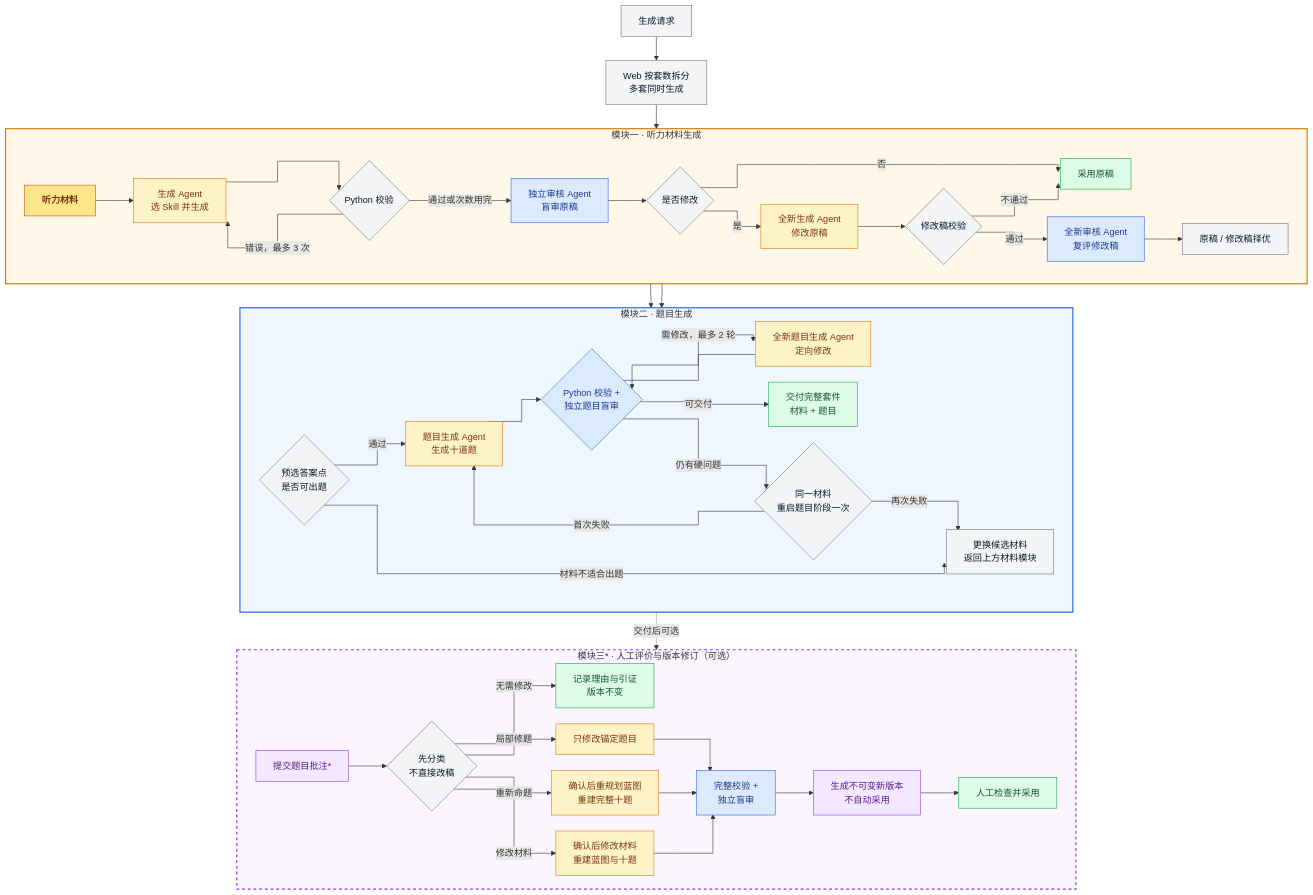
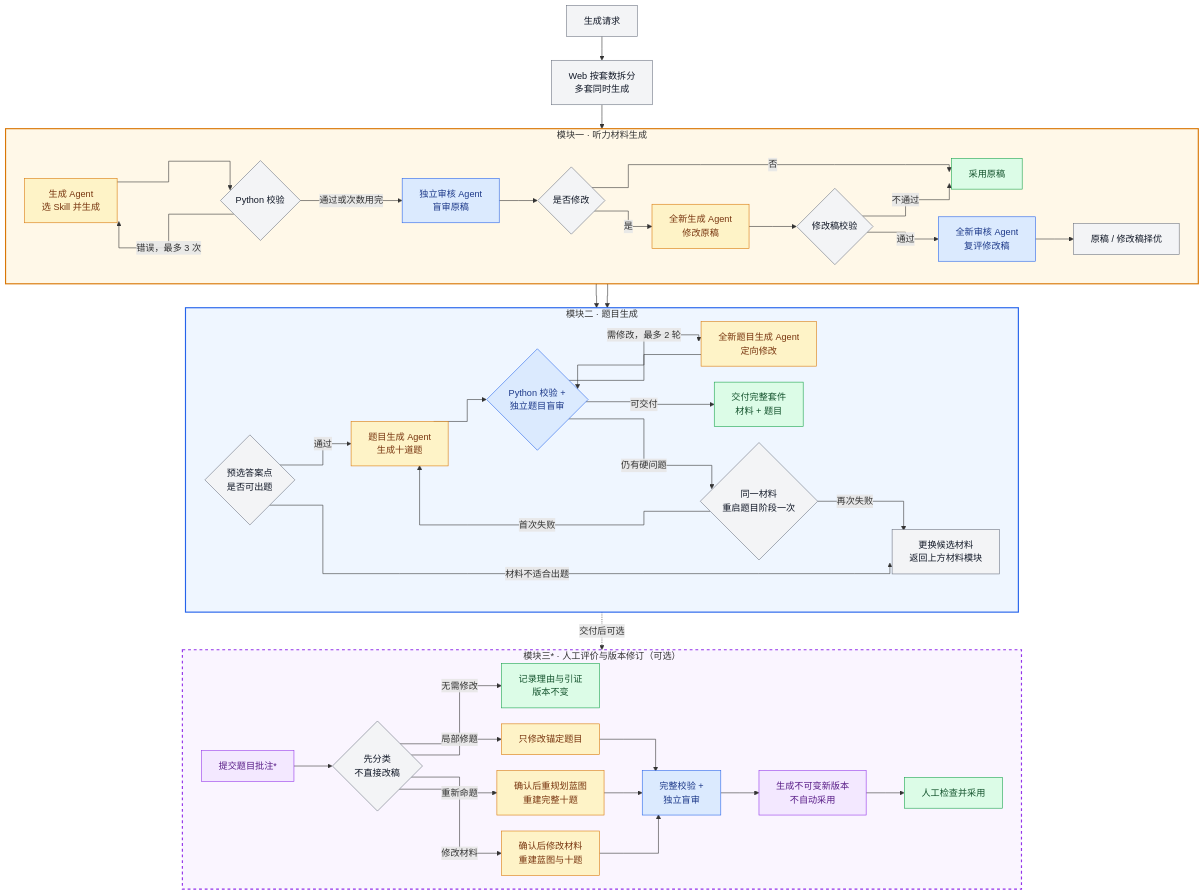
Before and after one commit to wanglingxiao123/ielts-part1-generator: the second of 2 diagrams in README.md, drawn with Mermaid.

Commit message:
docs: clarify material generation flow

````diff
--- a/README.md
+++ b/README.md
@@ -212,70 +212,68 @@
 ```mermaid
 %%{init: {"flowchart": {"curve": "stepAfter", "nodeSpacing": 28, "rankSpacing": 42}}}%%
 flowchart TB
     Q["生成请求"] --> F["Web 按套数拆分<br/>多套同时生成"]
 
     subgraph MATERIAL["模块一 · 听力材料生成"]
         direction LR
-        M["听力材料"] --> G["生成 Agent<br/>选 Skill 并生成"]
+        G["生成 Agent<br/>选 Skill 并生成"]
         G --> V{"Python 校验"}
         V -- "错误，最多 3 次" --> G
         V -- "通过或次数用完" --> A["独立审核 Agent<br/>盲审原稿"]
         A --> X{"是否修改"}
         X -- "否" --> O["采用原稿"]
         X -- "是" --> R["全新生成 Agent<br/>修改原稿"]
         R --> C{"修改稿校验"}
         C -- "不通过" --> O
         C -- "通过" --> E["全新审核 Agent<br/>复评修改稿"]
         E --> B["原稿 / 修改稿择优"]
     end
 
-    F --> M
+    F --> G
     O --> P
     B --> P
 
     subgraph QUESTIONS["模块二 · 题目生成"]
         direction LR
         P{"预选答案点<br/>是否可出题"}
         P -- "通过" --> T["题目生成 Agent<br/>生成十道题"]
         T --> H{"Python 校验 +<br/>独立题目盲审"}
         H -- "需修改，最多 2 轮" --> J["全新题目生成 Agent<br/>定向修改"]
         J --> H
         H -- "可交付" --> D["交付完整套件<br/>材料 + 题目"]
         H -- "仍有硬问题" --> K{"同一材料<br/>重启题目阶段一次"}
         K -- "首次失败" --> T
         K -- "再次失败" --> W["更换候选材料<br/>返回上方材料模块"]
         P -- "材料不适合出题" --> W
     end
 
     D -. "交付后可选" .-> CM
 
     subgraph REVISION["模块三* · 人工评价与版本修订（可选）"]
         direction LR
         CM["提交题目批注*"] --> CL{"先分类<br/>不直接改稿"}
         CL -- "无需修改" --> NC["记录理由与引证<br/>版本不变"]
         CL -- "局部修题" --> QR["只修改锚定题目"]
         CL -- "重新命题" --> RP["确认后重规划蓝图<br/>重建完整十题"]
         CL -- "修改材料" --> MR["确认后修改材料<br/>重建蓝图与十题"]
         QR --> QA["完整校验 +<br/>独立盲审"]
         RP --> QA
         MR --> QA
         QA --> NV["生成不可变新版本<br/>不自动采用"]
         NV --> AD["人工检查并采用"]
     end
 
     classDef ai fill:#fef3c7,stroke:#d97706,color:#78350f;
     classDef audit fill:#dbeafe,stroke:#2563eb,color:#1e3a8a;
     classDef code fill:#f3f4f6,stroke:#6b7280,color:#111827;
     classDef done fill:#dcfce7,stroke:#16a34a,color:#14532d;
     classDef optional fill:#f3e8ff,stroke:#9333ea,color:#581c87;
-    classDef moduleLabel fill:#fde68a,stroke:#b45309,color:#78350f,font-weight:bold;
-    class M moduleLabel;
     class G,R,T,J,QR,RP,MR ai;
     class A,E,H,QA audit;
     class Q,F,V,X,C,B,P,K,W,CL code;
     class CM,NV optional;
     class O,D,NC,AD done;
     style MATERIAL fill:#fff8e8,stroke:#d97706,stroke-width:2px;
     style QUESTIONS fill:#eff6ff,stroke:#2563eb,stroke-width:2px;
     style REVISION fill:#faf5ff,stroke:#9333ea,stroke-width:2px,stroke-dasharray:5 5;
 ```
````
